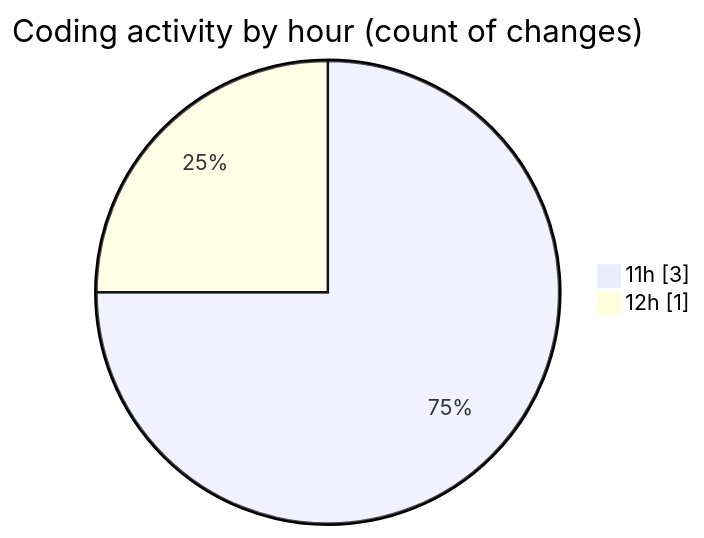
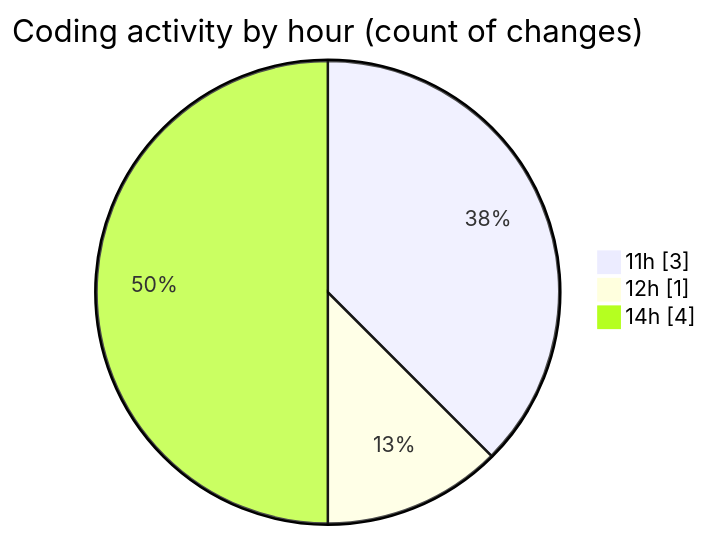
The second of 2 diagrams in 2026-04-24/cilapp/README.md (ricardozamudiocil/code-tracking), drawn with Mermaid before and after one commit. The commit also changed other lines of this file and 1 other file, not shown here.

````diff
--- a/2026-04-24/cilapp/README.md
+++ b/2026-04-24/cilapp/README.md
@@ -29,6 +29,7 @@
 ```mermaid
 pie showData
 title Coding activity by hour (count of changes)
 "11h" : 3
 "12h" : 1
+"14h" : 4
 ```
````
